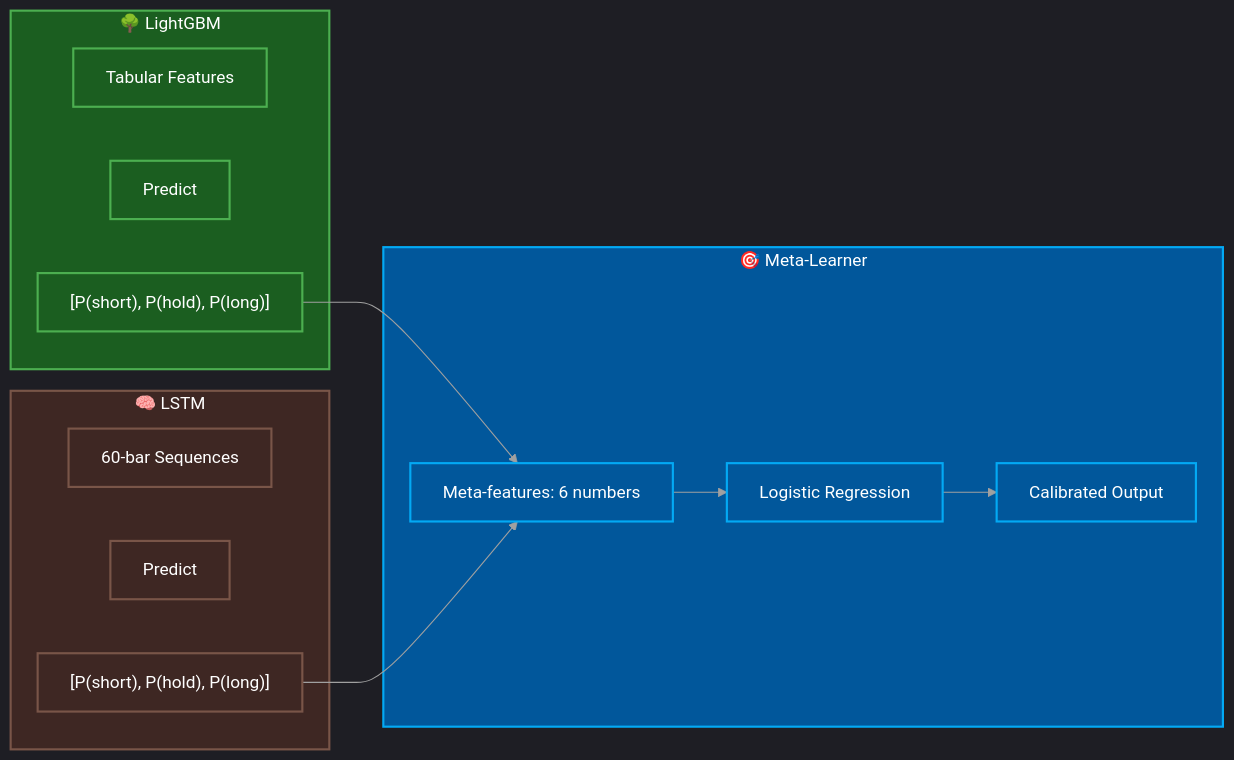
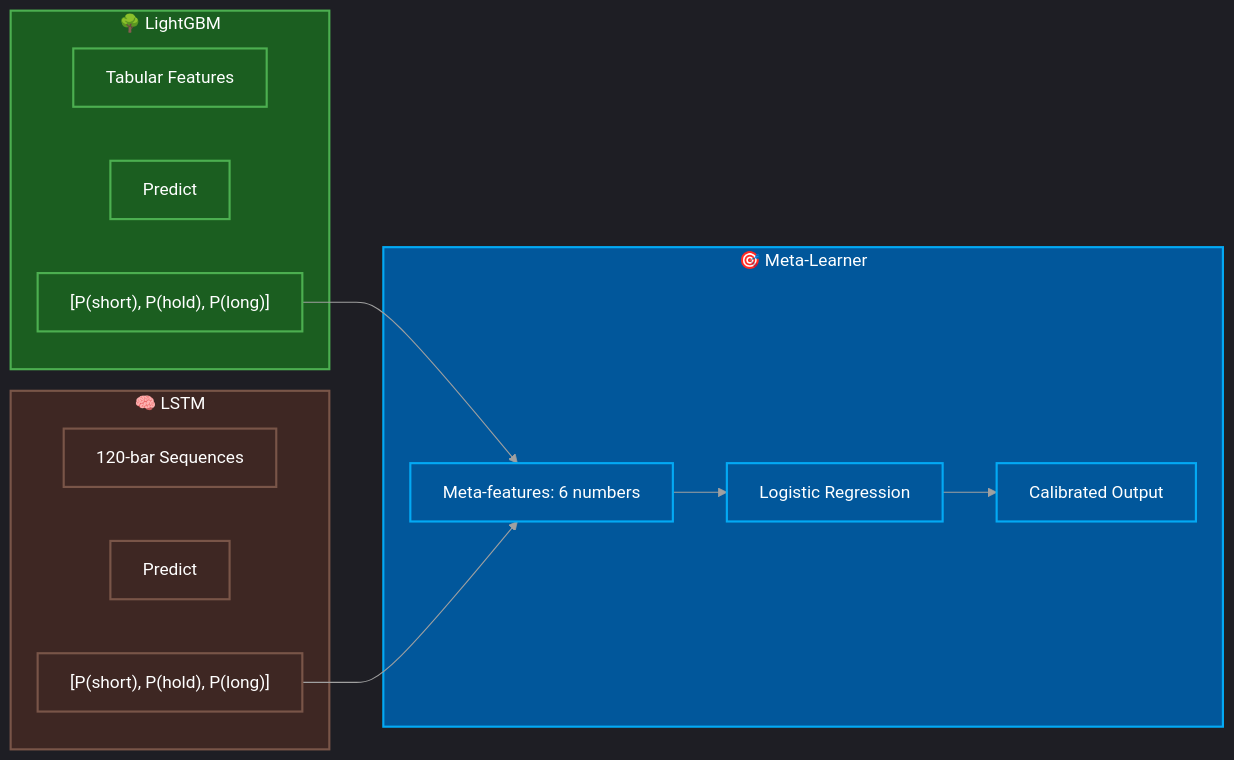
Before and after one commit to ultimateBroK/thesis-hybrid-stacking: the third of 4 diagrams in docs/Architecture.md, drawn with Mermaid. The commit also changed other lines of this file and 19 other files, not shown here.

````diff
--- a/docs/Architecture.md
+++ b/docs/Architecture.md
@@ -235,33 +235,33 @@
 ```mermaid
 flowchart LR
     %%{init: {'theme': 'dark', 'themeVariables': { 'primaryColor': '#1e3a5f', 'primaryTextColor': '#fff', 'primaryBorderColor': '#4a90e2', 'lineColor': '#a0a0a0'}}}%%
     subgraph LightGBM["🌳 LightGBM"]
         LG1["Tabular Features"]
         LG2["Predict"]
         LG3["[P(short), P(hold), P(long)]"]
     end
     
     subgraph LSTM["🧠 LSTM"]
-        LS1["60-bar Sequences"]
+        LS1["120-bar Sequences"]
         LS2["Predict"]
         LS3["[P(short), P(hold), P(long)]"]
     end
     
     subgraph Meta["🎯 Meta-Learner"]
         M1["Meta-features: 6 numbers"]
         M2["Logistic Regression"]
         M3["Calibrated Output"]
     end
     
     LG3 --> M1
     LS3 --> M1
     M1 --> M2 --> M3
     
     classDef lightgbm fill:#1b5e20,stroke:#4caf50,stroke-width:2px,color:#fff
     classDef lstm fill:#3e2723,stroke:#795548,stroke-width:2px,color:#fff
     classDef meta fill:#01579b,stroke:#03a9f4,stroke-width:2px,color:#fff
     
     class LightGBM,LG1,LG2,LG3 lightgbm
     class LSTM,LS1,LS2,LS3 lstm
     class Meta,M1,M2,M3 meta
 ```
````
